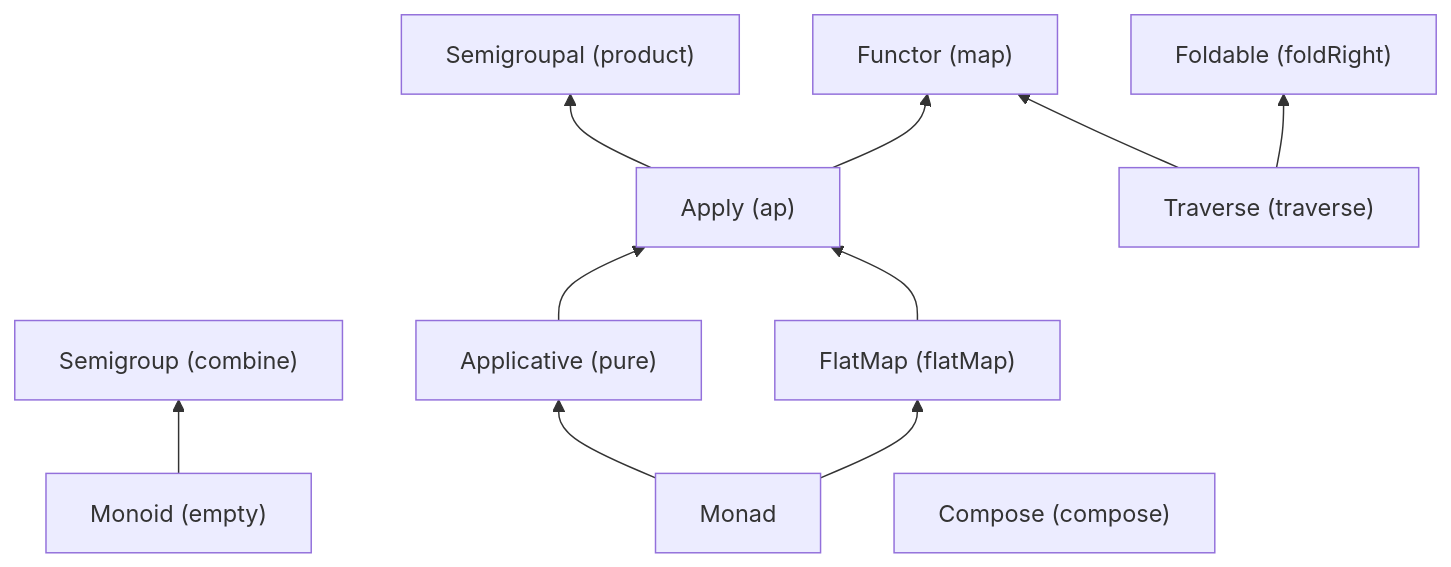
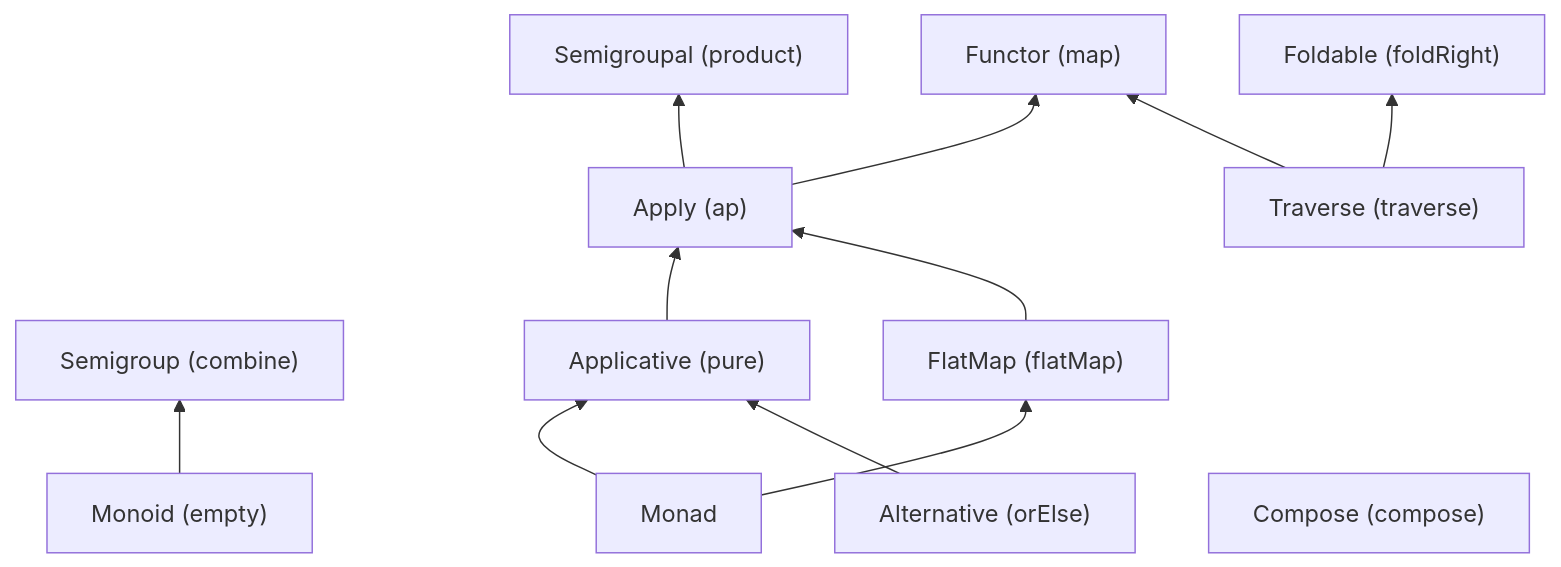
The first of 3 diagrams in README.md (lamdalib/kuram), drawn with Mermaid before and after one commit. The commit also changed 5 other files, not shown here.

````diff
--- a/README.md
+++ b/README.md
@@ -135,32 +135,36 @@
 ```mermaid
 flowchart BT
     %% Typeclasses
         Semigroup["Semigroup (combine)"]
         Monoid["Monoid (empty)"]
 
         Monad["Monad"]
+
+        Alternative["Alternative (orElse)"]
 
         Applicative["Applicative (pure)"]
         FlatMap["FlatMap (flatMap)"]
 
         Apply["Apply (ap)"]
 
         Semigroupal["Semigroupal (product)"]
         Functor["Functor (map)"]
 
         Compose["Compose (compose)"]
         Foldable["Foldable (foldRight)"]
         Traverse["Traverse (traverse)"]
     %% %
 
 
 
     %% Relations
         Monoid --> Semigroup
 
         Monad --> Applicative & FlatMap --> Apply --> Semigroupal & Functor
+        Alternative --> Applicative
+
         Traverse --> Foldable & Functor
 
         Compose
     %% %
 ```
````
